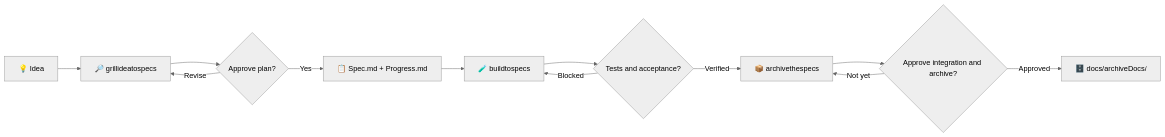
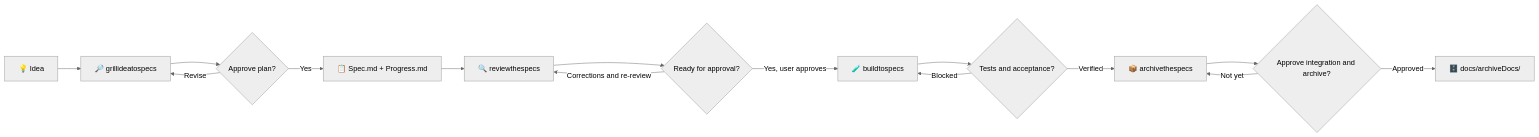
The diagram in README.md (VDandavate/weSkills), drawn with Mermaid (neutral theme) before and after one commit. The commit also changed other lines of this file and 4 other files, not shown here.

Commit message:
Add independent specification review skill and approval gate

````diff
--- a/README.md
+++ b/README.md
@@ -39,14 +39,17 @@
 ```mermaid
 flowchart LR
     I["💡 Idea"] --> G["🔎 grillideatospecs"]
     G --> P{"Approve plan?"}
     P -->|Revise| G
     P -->|Yes| S["📋 Spec.md + Progress.md"]
-    S --> B["🧪 buildtospecs"]
+    S --> R["🔍 reviewthespecs"]
+    R --> V{"Ready for approval?"}
+    V -->|Corrections and re-review| R
+    V -->|Yes, user approves| B["🧪 buildtospecs"]
     B --> Q{"Tests and acceptance?"}
     Q -->|Blocked| B
     Q -->|Verified| A["📦 archivethespecs"]
     A --> H{"Approve integration and archive?"}
     H -->|Not yet| A
     H -->|Approved| D["🗄️ docs/archiveDocs/"]
 ```
````
